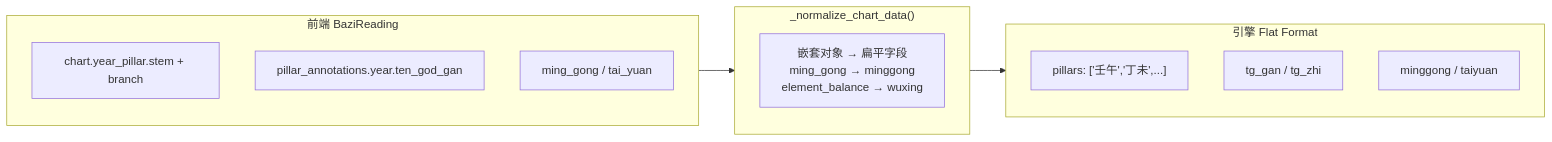
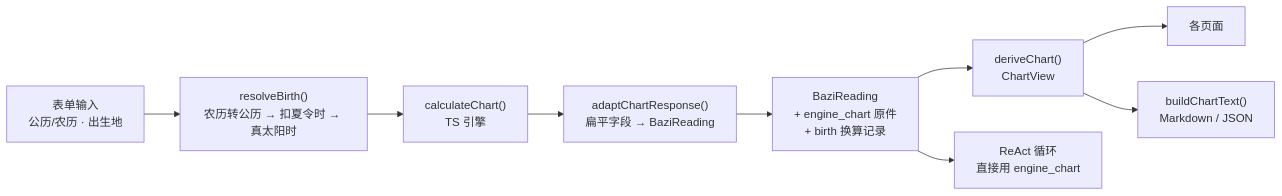
One commit to gaaiyun/FOR-BAZI changed the third of 12 diagrams in docs/ARCHITECTURE.md. Above: the diagram before and after it, drawn with Mermaid. The commit also changed other lines of this file and 4 other files, not shown here.

````diff
--- a/docs/ARCHITECTURE.md
+++ b/docs/ARCHITECTURE.md
@@ -146,20 +113,11 @@
 ```mermaid
 graph LR
-    subgraph Frontend["前端 BaziReading"]
-        F_Chart["chart.year_pillar.stem + branch"]
-        F_Annotations["pillar_annotations.year.ten_god_gan"]
-        F_MG["ming_gong / tai_yuan"]
-    end
-
-    subgraph Normalize["_normalize_chart_data()"]
-        N_Transform["嵌套对象 → 扁平字段<br/>ming_gong → minggong<br/>element_balance → wuxing"]
-    end
-
-    subgraph Engine["引擎 Flat Format"]
-        E_Pillars["pillars: ['壬午','丁未',...]"]
-        E_TG["tg_gan / tg_zhi"]
-        E_MG["minggong / taiyuan"]
-    end
-
-    Frontend --> Normalize --> Engine
+    Input["表单输入<br/>公历/农历 · 出生地"] --> Resolve["resolveBirth()<br/>农历转公历 → 扣夏令时 → 真太阳时"]
+    Resolve --> Calc["calculateChart()<br/>TS 引擎"]
+    Calc --> Adapt["adaptChartResponse()<br/>扁平字段 → BaziReading"]
+    Adapt --> Reading["BaziReading<br/>+ engine_chart 原件<br/>+ birth 换算记录"]
+    Reading --> View["deriveChart()<br/>ChartView"]
+    View --> PagesOut["各页面"]
+    View --> CopyOut["buildChartText()<br/>Markdown / JSON"]
+    Reading --> AgentIn["ReAct 循环<br/>直接用 engine_chart"]
 ```
````
